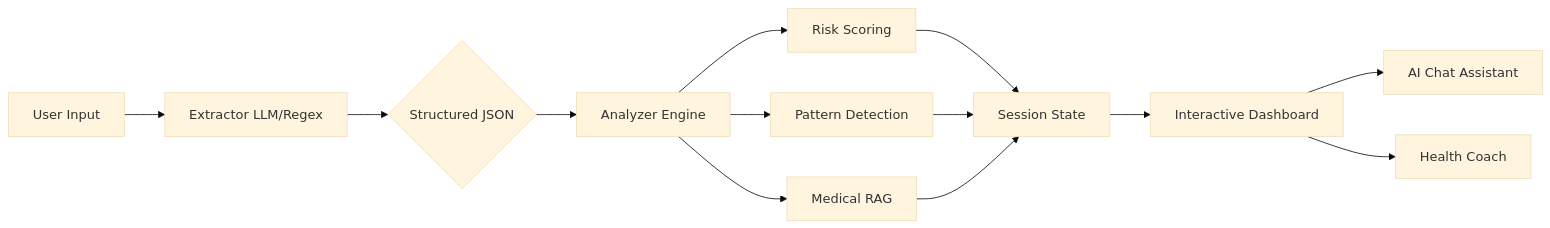
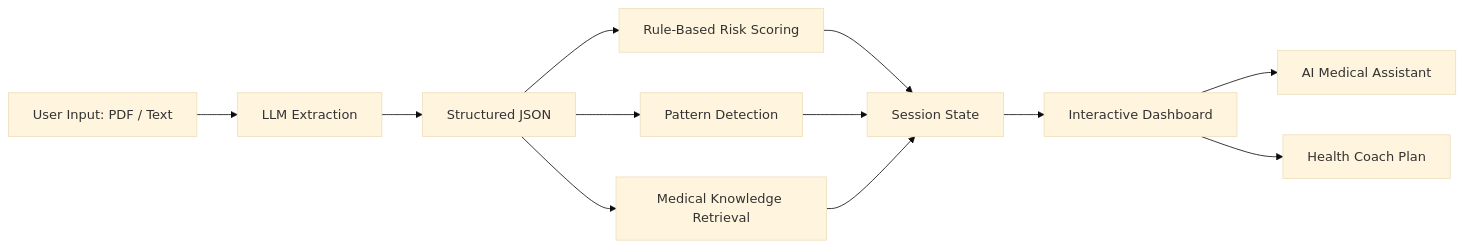
One commit to Saad0095/Diagnova---An-AI-Powered-Lab-Report-Interpreter changed the diagram in README.md. Above: the diagram before and after it, drawn with Mermaid (base theme). The commit also changed other lines of this file and 3 other files, not shown here.

````diff
--- a/README.md
+++ b/README.md
@@ -49,13 +72,12 @@
 ```mermaid
 graph LR
-    A[User Input] --> B[Extractor LLM/Regex]
-    B --> C{Structured JSON}
-    C --> D[Analyzer Engine]
-    D --> E[Risk Scoring]
-    D --> F[Pattern Detection]
-    D --> G[Medical RAG]
-    E & F & G --> H[Session State]
-    H --> I[Interactive Dashboard]
-    I --> J[AI Chat Assistant]
-    I --> K[Health Coach]
+    A[User Input: PDF / Text] --> B[LLM Extraction]
+    B --> C[Structured JSON]
+    C --> D[Rule-Based Risk Scoring]
+    C --> E[Pattern Detection]
+    C --> F[Medical Knowledge Retrieval]
+    D & E & F --> G[Session State]
+    G --> H[Interactive Dashboard]
+    H --> I[AI Medical Assistant]
+    H --> J[Health Coach Plan]
 ```
````
